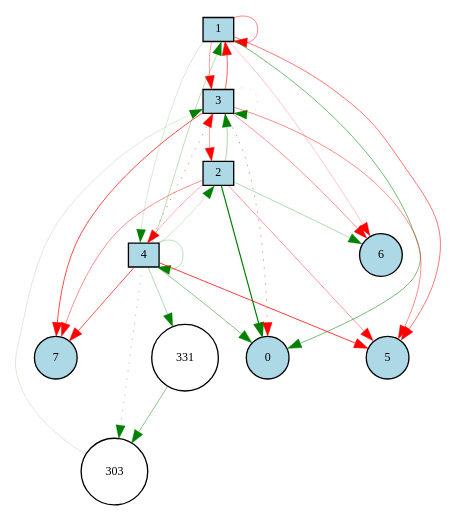
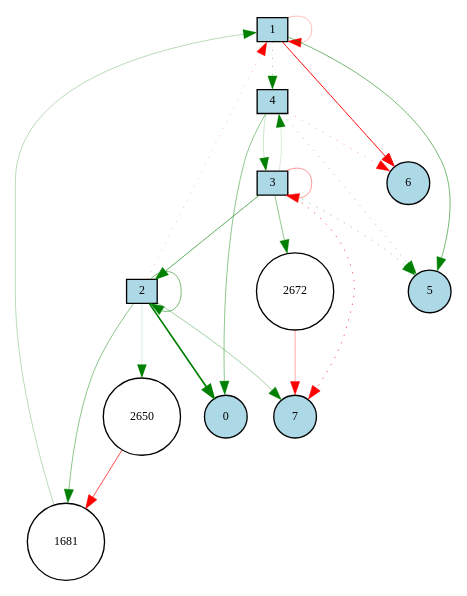
The diagram in out/Digraph.gv (katomasahiro10/cyclic_task), drawn with Graphviz before and after one commit. The commit also changed 206 other files, not shown here.

```diff
--- a/out/Digraph.gv
+++ b/out/Digraph.gv
@@ -1,47 +1,41 @@
 digraph {
 	node [fontsize=9 height=0.2 shape=circle width=0.2]
 	1 [fillcolor=lightgray shape=box style=filled]
 	2 [fillcolor=lightgray shape=box style=filled]
 	3 [fillcolor=lightgray shape=box style=filled]
 	4 [fillcolor=lightgray shape=box style=filled]
 	0 [fillcolor=lightblue style=filled]
 	1 [fillcolor=lightblue style=filled]
 	2 [fillcolor=lightblue style=filled]
 	3 [fillcolor=lightblue style=filled]
 	4 [fillcolor=lightblue style=filled]
 	5 [fillcolor=lightblue style=filled]
 	6 [fillcolor=lightblue style=filled]
 	7 [fillcolor=lightblue style=filled]
-	331 [fillcolor=white style=filled]
-	303 [fillcolor=white style=filled]
-	3 -> 6 [color=red penwidth=0.31887545803264916 style=solid]
-	4 -> 5 [color=red penwidth=0.5778578991603716 style=solid]
-	2 -> 0 [color=green penwidth=0.9126347670137243 style=solid]
-	4 -> 331 [color=green penwidth=0.23186732806070995 style=solid]
-	3 -> 3 [color=green penwidth=0.1470797556916692 style=dotted]
-	1 -> 4 [color=green penwidth=0.1153222354907476 style=solid]
-	3 -> 1 [color=red penwidth=0.46147585694675497 style=solid]
-	4 -> 4 [color=green penwidth=0.19412488079166412 style=solid]
-	4 -> 3 [color=red penwidth=0.34873954078210045 style=dotted]
-	1 -> 5 [color=red penwidth=0.41012978557533686 style=solid]
-	4 -> 0 [color=green penwidth=0.3359005510745743 style=solid]
-	331 -> 303 [color=green penwidth=0.3362617302163629 style=solid]
-	2 -> 7 [color=red penwidth=0.3322927428668835 style=solid]
-	3 -> 5 [color=red penwidth=0.33815983812165573 style=solid]
-	1 -> 0 [color=green penwidth=0.39879183202372415 style=solid]
-	4 -> 1 [color=green penwidth=0.20080118908629535 style=solid]
-	1 -> 1 [color=red penwidth=0.36153192382609234 style=solid]
-	3 -> 7 [color=red penwidth=0.5307758043848112 style=solid]
-	2 -> 5 [color=red penwidth=0.30614841019124295 style=solid]
-	4 -> 2 [color=green penwidth=0.14842175772771193 style=solid]
-	2 -> 3 [color=green penwidth=0.24555308006403573 style=solid]
-	303 -> 3 [color=green penwidth=0.11706872617595007 style=solid]
-	3 -> 0 [color=red penwidth=0.37886206412570456 style=dotted]
-	1 -> 3 [color=red penwidth=0.2940723769233061 style=solid]
-	4 -> 303 [color=green penwidth=0.2731493745569856 style=dotted]
-	3 -> 2 [color=red penwidth=0.2728265659021359 style=solid]
-	2 -> 4 [color=red penwidth=0.22895481058344047 style=solid]
-	4 -> 7 [color=red penwidth=0.5146881739279944 style=solid]
-	1 -> 6 [color=red penwidth=0.1683061695137783 style=solid]
-	2 -> 6 [color=green penwidth=0.2227001671879097 style=solid]
+	2672 [fillcolor=white style=filled]
+	1681 [fillcolor=white style=filled]
+	2650 [fillcolor=white style=filled]
+	4 -> 5 [color=green penwidth=0.2496222537409405 style=dotted]
+	2 -> 0 [color=green penwidth=1.25789467880514 style=solid]
+	2 -> 2 [color=green penwidth=0.40975574124730907 style=solid]
+	1 -> 1 [color=red penwidth=0.19826127582140404 style=solid]
+	1681 -> 1 [color=green penwidth=0.20523927176690354 style=solid]
+	2 -> 1681 [color=green penwidth=0.3386261801962328 style=solid]
+	3 -> 7 [color=red penwidth=0.47508049184694867 style=dotted]
+	1 -> 5 [color=green penwidth=0.41374713653649753 style=solid]
+	4 -> 0 [color=green penwidth=0.3347277677063836 style=solid]
+	2 -> 7 [color=green penwidth=0.2830800195264688 style=solid]
+	3 -> 5 [color=green penwidth=0.266296234078205 style=dotted]
+	3 -> 2672 [color=green penwidth=0.329406592991773 style=solid]
+	3 -> 3 [color=red penwidth=0.31205160498995477 style=solid]
+	2 -> 1 [color=red penwidth=0.1583019931550368 style=dotted]
+	2 -> 2650 [color=green penwidth=0.10587817143011208 style=solid]
+	4 -> 3 [color=green penwidth=0.1475810305905314 style=solid]
+	4 -> 6 [color=red penwidth=0.2386756645946629 style=dotted]
+	3 -> 2 [color=green penwidth=0.47852383737861093 style=solid]
+	2650 -> 1681 [color=red penwidth=0.5308798932601787 style=solid]
+	1 -> 4 [color=green penwidth=0.25133482807431173 style=dotted]
+	3 -> 4 [color=green penwidth=0.12372152410427643 style=solid]
+	2672 -> 7 [color=red penwidth=0.26780811980197916 style=solid]
+	1 -> 6 [color=red penwidth=0.7282698130450085 style=solid]
 }
```
